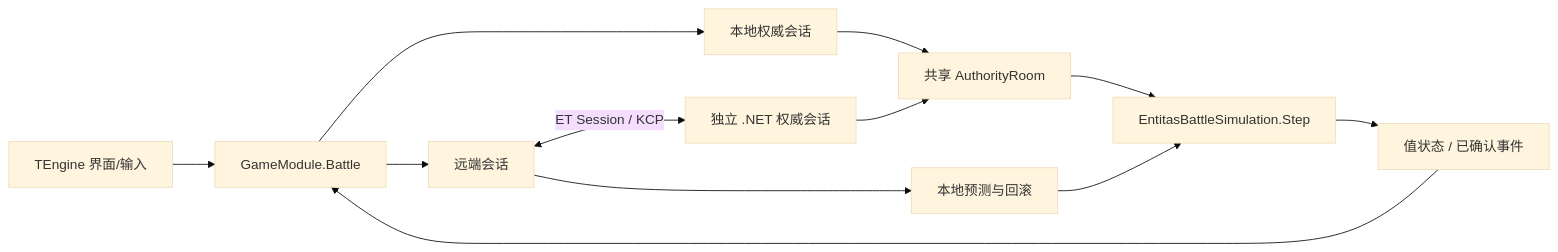
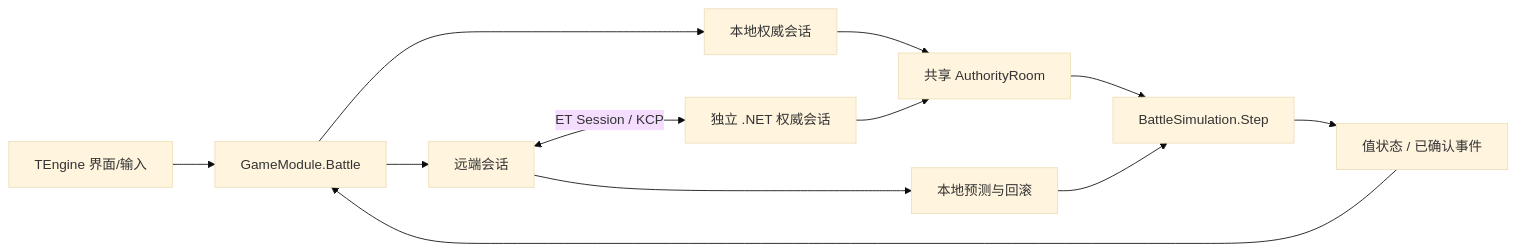
The diagram in UnityProject/Docx/架构设计/Project_B-ET10源码迁入与Entitas战斗联机分步执行手册.md (ShirayukiHimekiko/Roguelike), drawn with Mermaid (base theme) before and after one commit. The commit also changed other lines of this file and 45 other files, not shown here.

````diff
--- a/UnityProject/Docx/架构设计/Project_B-ET10源码迁入与Entitas战斗联机分步执行手册.md
+++ b/UnityProject/Docx/架构设计/Project_B-ET10源码迁入与Entitas战斗联机分步执行手册.md
@@ -85,14 +89,14 @@
 ```mermaid
 flowchart LR
     UI[TEngine 界面/输入] --> API[GameModule.Battle]
     API --> L[本地权威会话]
     API --> N[远端会话]
     N <-->|ET Session / KCP| S[独立 .NET 权威会话]
     L --> A[共享 AuthorityRoom]
     S --> A
     N --> P[本地预测与回滚]
-    A --> E[EntitasBattleSimulation.Step]
+    A --> E[BattleSimulation.Step]
     P --> E
     E --> R[值状态 / 已确认事件]
     R --> API
 ```
````
